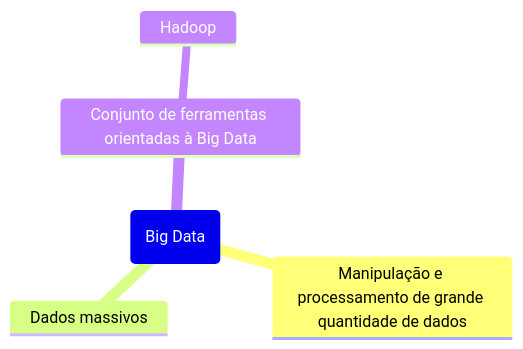
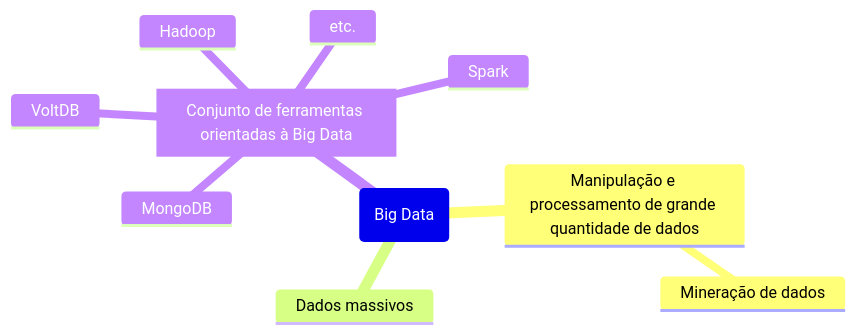
One commit to Igorino/joplin-notes changed the third of 3 diagrams in Mestrado/Segundo Semestre/SIN5033 - Grafos de conhecimento e Ontologias/Anotações/De Aulas/Aula do dia 2026 04 08.md. Above: the diagram before and after it, drawn with Mermaid.

Commit message:
Exported on 2026-04-08_17-04-51

````diff
--- a/Mestrado/Segundo Semestre/SIN5033 - Grafos de conhecimento e Ontologias/Anotações/De Aulas/Aula do dia 2026 04 08.md
+++ b/Mestrado/Segundo Semestre/SIN5033 - Grafos de conhecimento e Ontologias/Anotações/De Aulas/Aula do dia 2026 04 08.md
@@ -65,9 +65,14 @@
 ```mermaid
 mindmap
 root(Big Data)
 	Manipulação e processamento de grande quantidade de dados
+		Mineração de dados
 	Dados massivos
-	Conjunto de ferramentas orientadas à Big Data
+	[Conjunto de ferramentas orientadas à Big Data]
 		Hadoop
-		
+		MongoDB
+		VoltDB
+		Spark
+		etc.
+	
 ```
````
